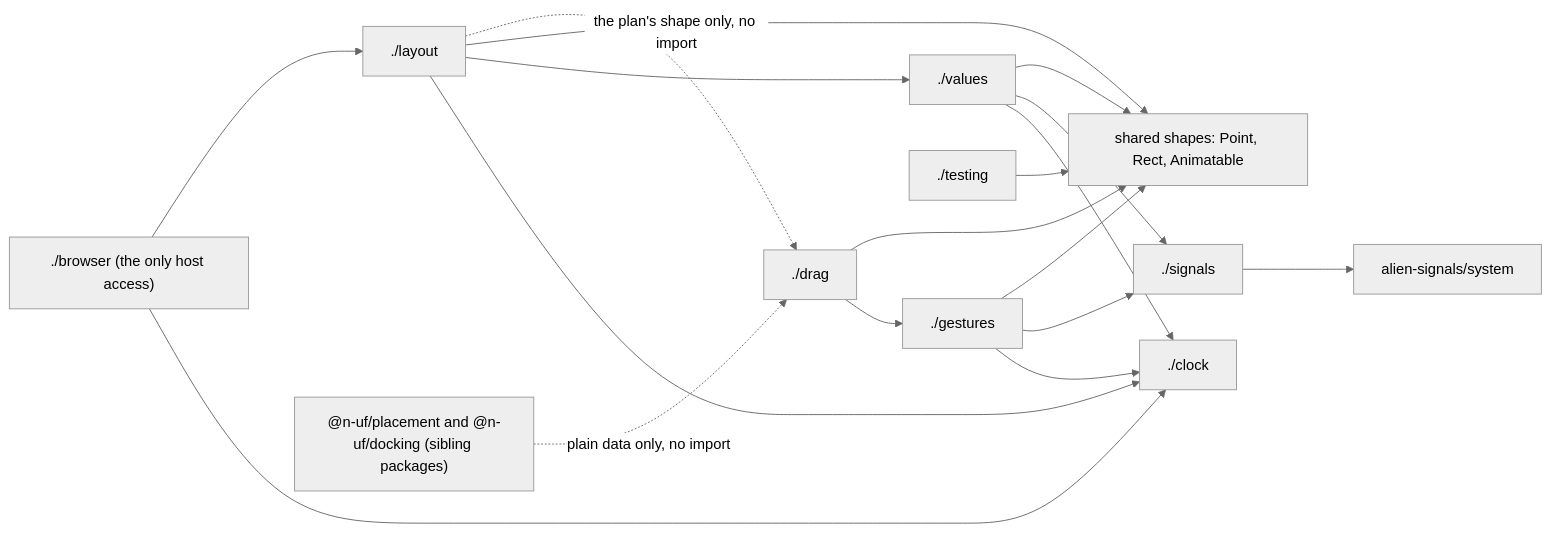
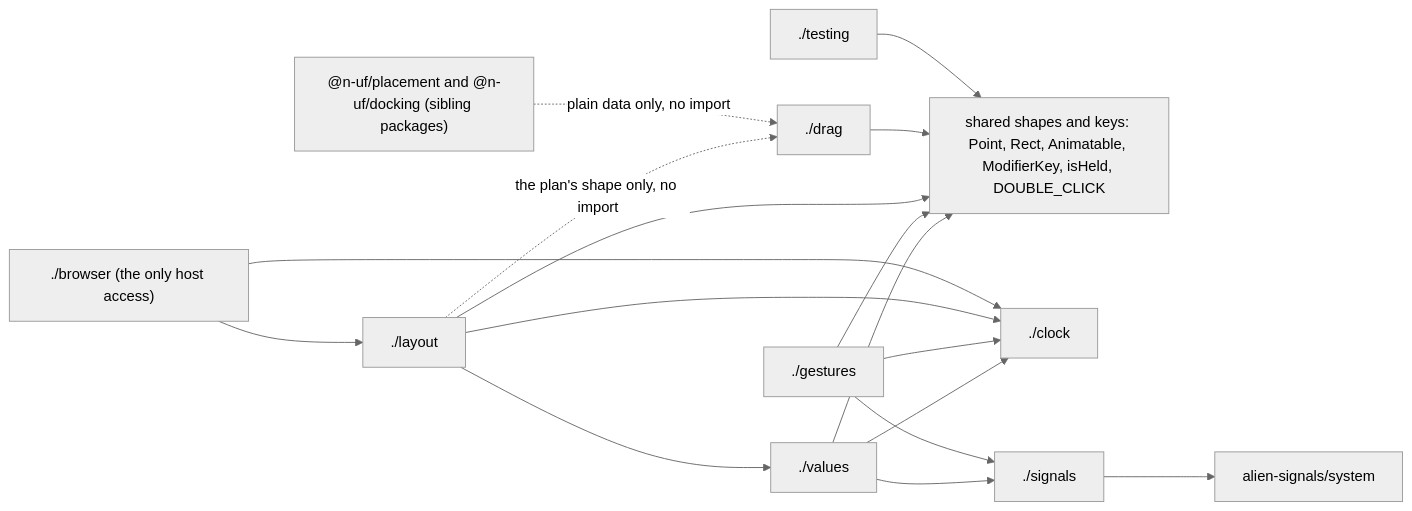
Before and after one commit to n-uf/motion: the first of 2 diagrams in docs/motion.md, drawn with Mermaid (neutral theme). The commit also changed other lines of this file, not shown here.

Commit message:
docs(motion): ./drag reads the shared modifier keys, not ./gestures

````diff
--- a/docs/motion.md
+++ b/docs/motion.md
@@ -56,31 +56,30 @@
 ```mermaid
 flowchart LR
-  shared["shared shapes: Point, Rect, Animatable"]
+  shared["shared shapes and keys: Point, Rect, Animatable, ModifierKey, isHeld, DOUBLE_CLICK"]
   clock["./clock"]
   signals["./signals"]
   values["./values"]
   gestures["./gestures"]
   layout["./layout"]
   drag["./drag"]
   testing["./testing"]
   browser["./browser (the only host access)"]
   alien["alien-signals/system"]
   placement["@n-uf/placement and @n-uf/docking (sibling packages)"]
   signals --> alien
   values --> clock
   values --> signals
   gestures --> clock
   gestures --> signals
   layout --> clock
   layout --> values
   browser --> clock
   browser --> layout
-  drag --> gestures
   values --> shared
   gestures --> shared
   layout --> shared
   drag --> shared
   testing --> shared
   layout -. "the plan's shape only, no import" .-> drag
   placement -. "plain data only, no import" .-> drag
 ```
````
